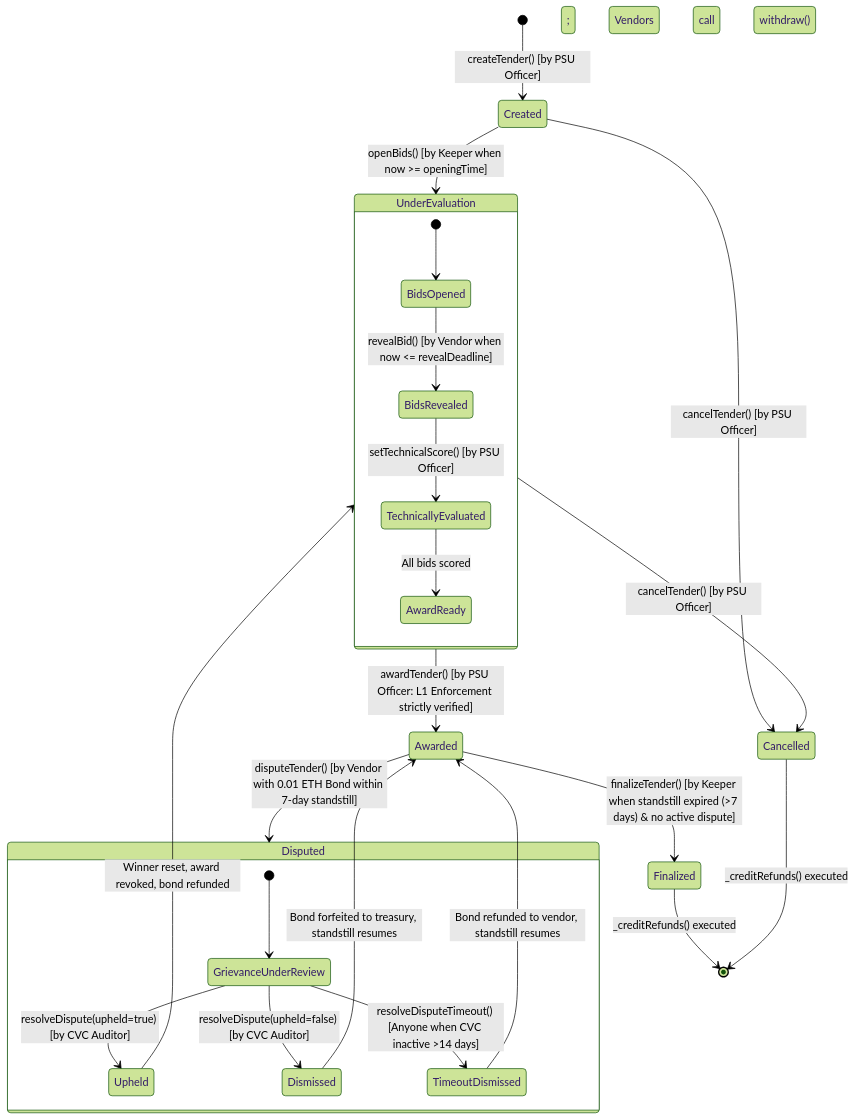
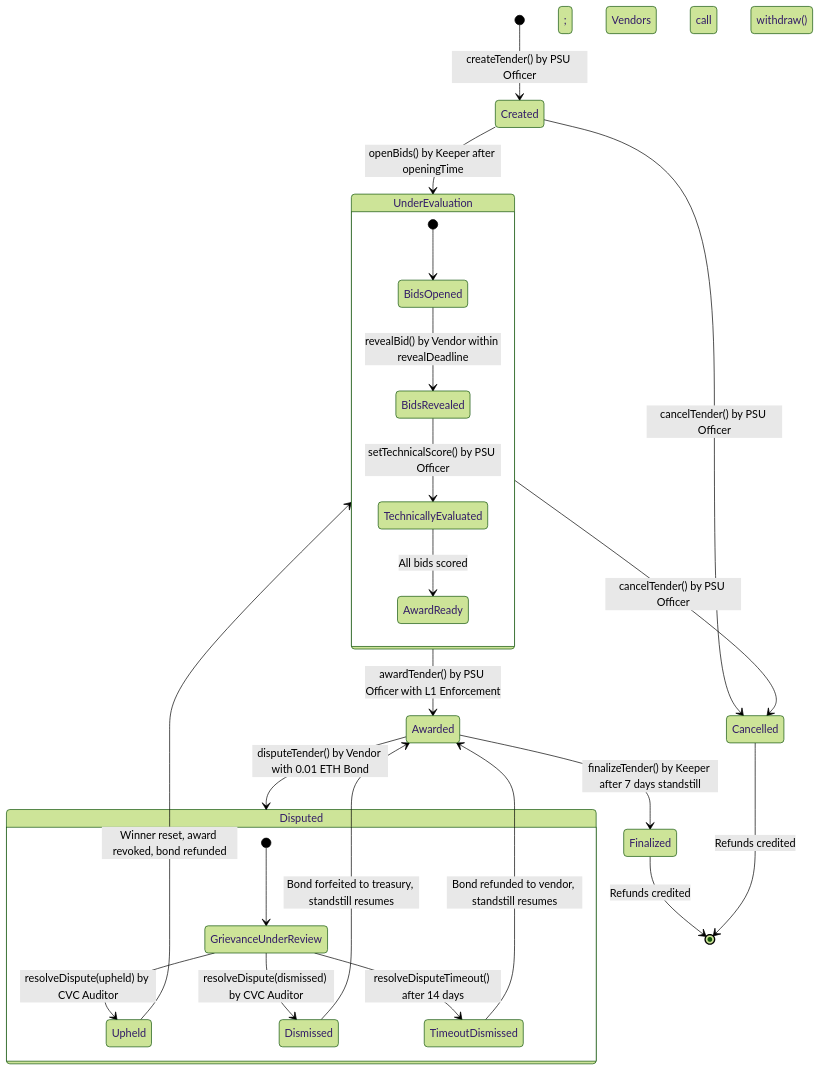
The diagram in docs/diagrams/tender_state_machine.mmd (TharunRevinth/nirvaan), drawn with Mermaid (forest theme) before and after one commit. The commit also changed 19 other files, not shown here.

Commit message:
docs: replace ASCII diagrams with high-resolution vector and rendered diagram graphics

```diff
--- a/docs/diagrams/tender_state_machine.mmd
+++ b/docs/diagrams/tender_state_machine.mmd
@@ -1,32 +1,32 @@
 stateDiagram-v2
-    [*] --> Created: createTender() [by PSU Officer]
+    [*] --> Created: createTender() by PSU Officer
 
-    Created --> UnderEvaluation: openBids() [by Keeper when now >= openingTime]
-    Created --> Cancelled: cancelTender() [by PSU Officer]
+    Created --> UnderEvaluation: openBids() by Keeper after openingTime
+    Created --> Cancelled: cancelTender() by PSU Officer
 
     state UnderEvaluation {
         [*] --> BidsOpened
-        BidsOpened --> BidsRevealed: revealBid() [by Vendor when now <= revealDeadline]
-        BidsRevealed --> TechnicallyEvaluated: setTechnicalScore() [by PSU Officer]
+        BidsOpened --> BidsRevealed: revealBid() by Vendor within revealDeadline
+        BidsRevealed --> TechnicallyEvaluated: setTechnicalScore() by PSU Officer
         TechnicallyEvaluated --> AwardReady: All bids scored
     }
 
-    UnderEvaluation --> Awarded: awardTender() [by PSU Officer: L1 Enforcement strictly verified]
-    UnderEvaluation --> Cancelled: cancelTender() [by PSU Officer]
+    UnderEvaluation --> Awarded: awardTender() by PSU Officer with L1 Enforcement
+    UnderEvaluation --> Cancelled: cancelTender() by PSU Officer
 
-    Awarded --> Disputed: disputeTender() [by Vendor with 0.01 ETH Bond within 7-day standstill]
-    Awarded --> Finalized: finalizeTender() [by Keeper when standstill expired (>7 days) & no active dispute]
+    Awarded --> Disputed: disputeTender() by Vendor with 0.01 ETH Bond
+    Awarded --> Finalized: finalizeTender() by Keeper after 7 days standstill
 
     state Disputed {
         [*] --> GrievanceUnderReview
-        GrievanceUnderReview --> Upheld: resolveDispute(upheld=true) [by CVC Auditor]
-        GrievanceUnderReview --> Dismissed: resolveDispute(upheld=false) [by CVC Auditor]
-        GrievanceUnderReview --> TimeoutDismissed: resolveDisputeTimeout() [Anyone when CVC inactive >14 days]
+        GrievanceUnderReview --> Upheld: resolveDispute(upheld) by CVC Auditor
+        GrievanceUnderReview --> Dismissed: resolveDispute(dismissed) by CVC Auditor
+        GrievanceUnderReview --> TimeoutDismissed: resolveDisputeTimeout() after 14 days
     }
 
     Upheld --> UnderEvaluation: Winner reset, award revoked, bond refunded
     Dismissed --> Awarded: Bond forfeited to treasury, standstill resumes
     TimeoutDismissed --> Awarded: Bond refunded to vendor, standstill resumes
 
-    Finalized --> [*]: _creditRefunds() executed; Vendors call withdraw()
-    Cancelled --> [*]: _creditRefunds() executed; Vendors call withdraw()
+    Finalized --> [*]: Refunds credited; Vendors call withdraw()
+    Cancelled --> [*]: Refunds credited; Vendors call withdraw()
```
